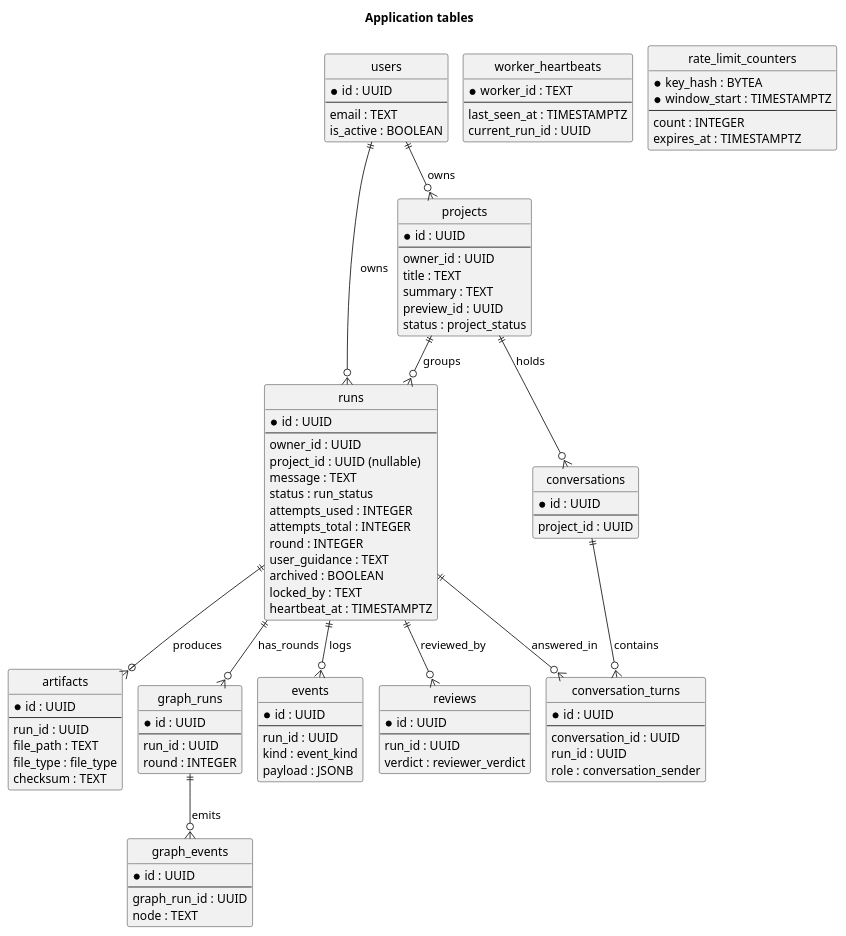
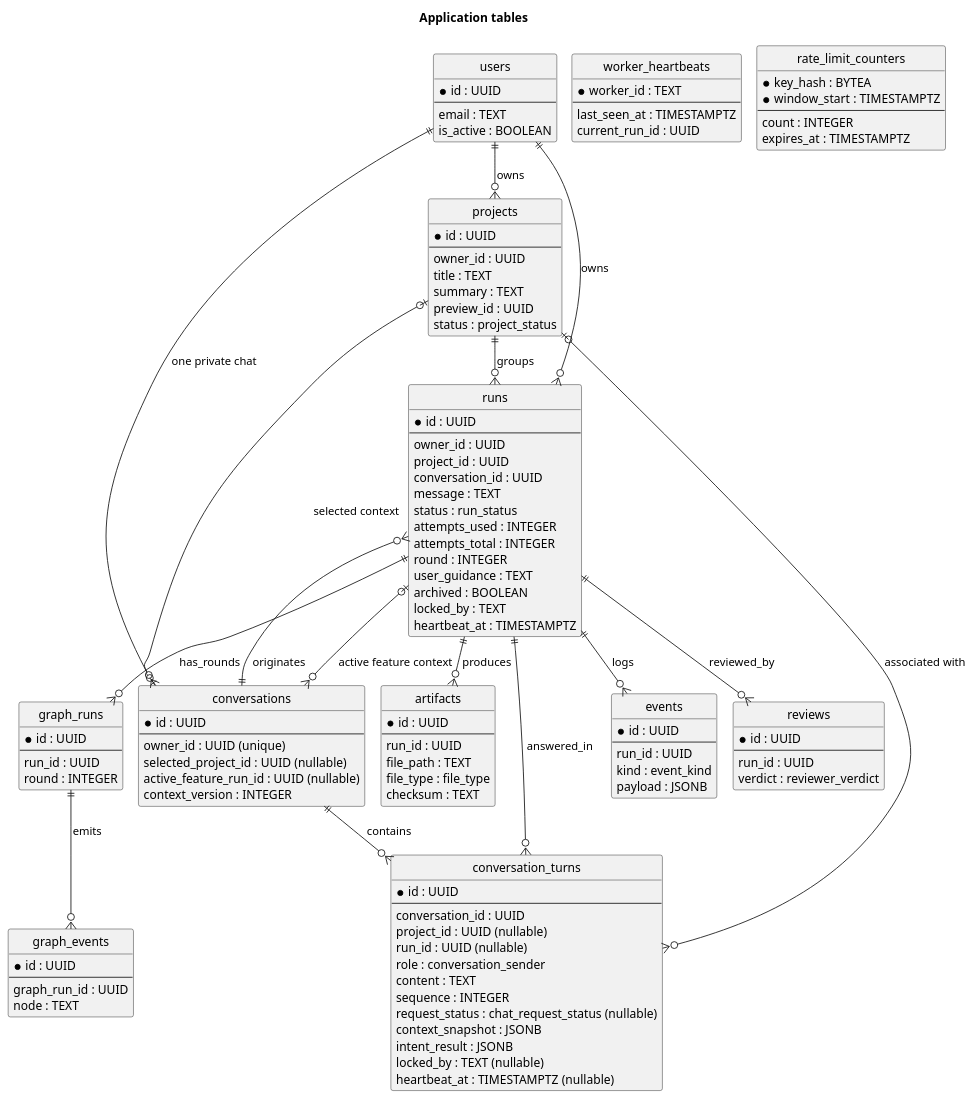
One commit to gdpe-franco/ai-coding-agent-pipeline changed the seventh of 7 diagrams in docs/architecture.md. Above: the diagram before and after it, drawn with PlantUML. The commit also changed other lines of this file, not shown here.

Commit message:
chore: architecture updated

```diff
--- a/docs/architecture.md
+++ b/docs/architecture.md
@@ -651,7 +748,8 @@
   * id : UUID
   --
   owner_id : UUID
-  project_id : UUID (nullable)
+  project_id : UUID
+  conversation_id : UUID
   message : TEXT
   status : run_status
   attempts_used : INTEGER
@@ -686,14 +784,25 @@
 entity conversations {
   * id : UUID
   --
-  project_id : UUID
+  owner_id : UUID (unique)
+  selected_project_id : UUID (nullable)
+  active_feature_run_id : UUID (nullable)
+  context_version : INTEGER
 }
 entity conversation_turns {
   * id : UUID
   --
   conversation_id : UUID
-  run_id : UUID
+  project_id : UUID (nullable)
+  run_id : UUID (nullable)
   role : conversation_sender
+  content : TEXT
+  sequence : INTEGER
+  request_status : chat_request_status (nullable)
+  context_snapshot : JSONB
+  intent_result : JSONB
+  locked_by : TEXT (nullable)
+  heartbeat_at : TIMESTAMPTZ (nullable)
 }
 entity graph_runs {
   * id : UUID
@@ -723,8 +832,12 @@
 
 users ||--o{ projects : owns
 users ||--o{ runs : owns
+users ||--o| conversations : one private chat
 projects ||--o{ runs : groups
-projects ||--o{ conversations : holds
+projects |o--o{ conversations : selected context
+projects |o--o{ conversation_turns : associated with
+conversations ||--o{ runs : originates
+runs |o--o{ conversations : active feature context
 runs ||--o{ artifacts : produces
 runs ||--o{ events : logs
 runs ||--o{ reviews : reviewed_by
```
